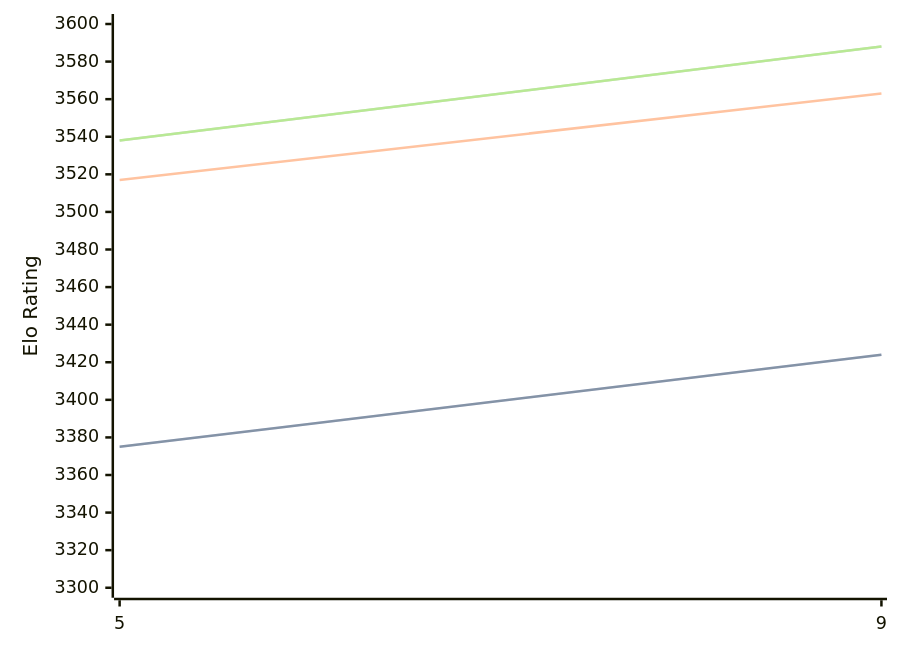
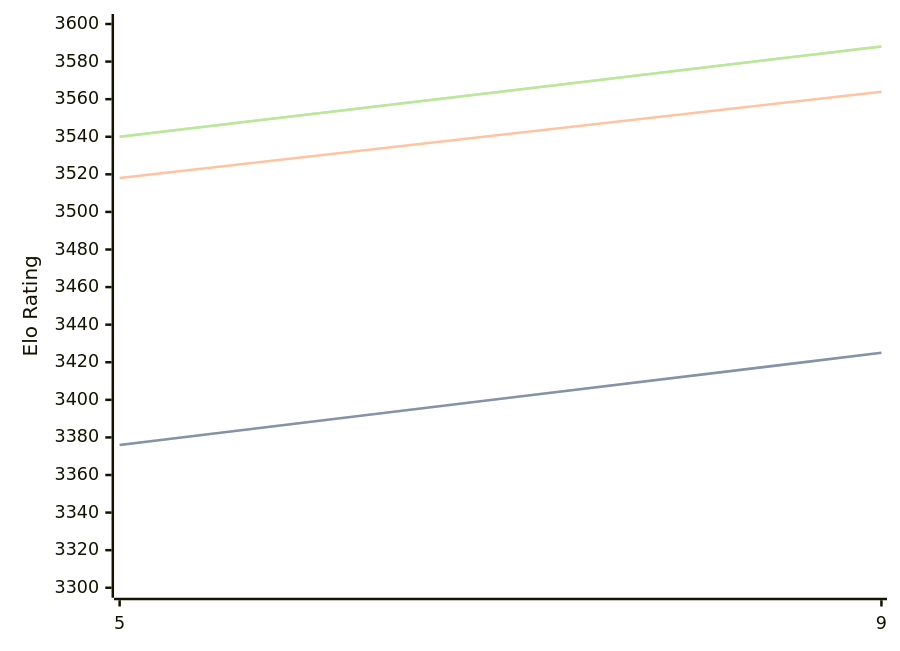
Before and after one commit to computer-chess-index/cci: the diagram in engines/Crystal.md, drawn with Mermaid. The commit also changed other lines of this file, not shown here.

Commit message:
Update CCI Ratings (ELO VLTC) - 2026-08-22

````diff
--- a/engines/Crystal.md
+++ b/engines/Crystal.md
@@ -32,11 +32,11 @@
 ```mermaid
 %%{init: {"theme":"base","themeVariables":{"seriesColors:['#a3a3a3','#222221','#faa371']}}}%%
 xychart-beta
   x-axis ["5", "9"]
   y-axis "Elo Rating" 3300 --> 3600
-  line "STC (8.0+0.08s)" [3375, 3424]
-  line "STC (8.0+0.08s)" [3375, 3424]
-  line "LTC (60.0+0.60s)" [3517, 3563]
-  line "VLTC (2m24s+1.12s)" [3538, 3588]
-  line "VLTC (2m24s+1.12s)" [3538, 3588]
+  line "STC (8.0+0.08s)" [3376, 3425]
+  line "STC (8.0+0.08s)" [3376, 3425]
+  line "LTC (60.0+0.60s)" [3518, 3564]
+  line "VLTC (2m24s+1.12s)" [3540, 3588]
+  line "VLTC (2m24s+1.12s)" [3540, 3588]
 ```
````
